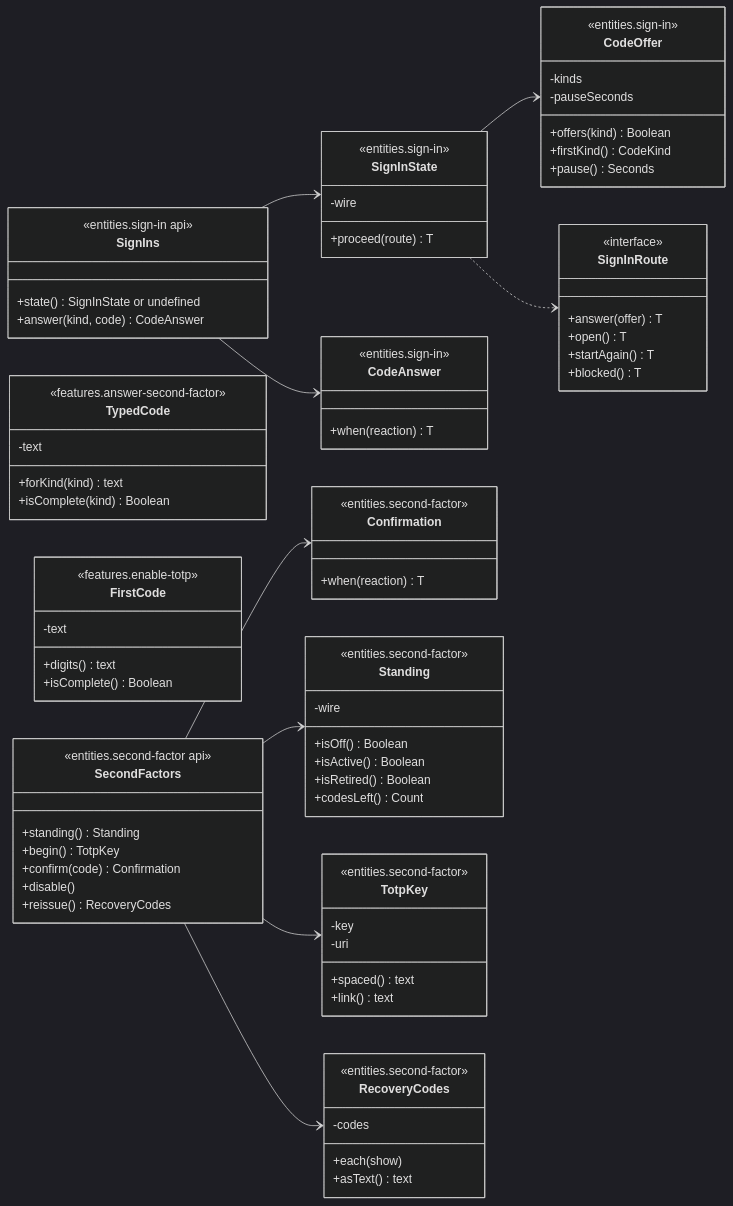
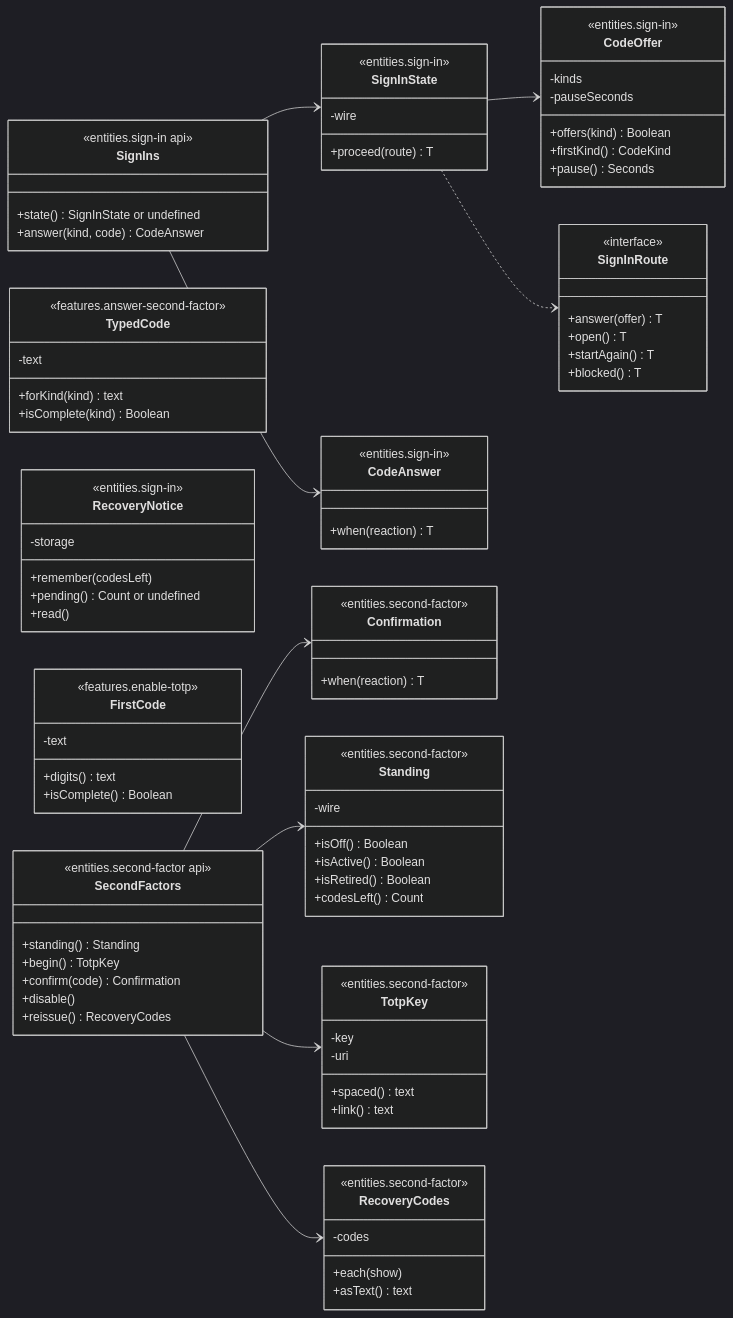
Before and after one commit to yuriisurzhykov/Tallyvane: the sixth of 6 diagrams in docs/backend/04-authentication-slice-5c-totp-screens.md, drawn with Mermaid (dark theme). The commit also changed other lines of this file and 4 other files, not shown here.

First line of the commit message:
Keep the recovery-code notice across a reload of /login/verify

```diff
--- a/docs/backend/04-authentication-slice-5c-totp-screens.md
+++ b/docs/backend/04-authentication-slice-5c-totp-screens.md
@@ -282,6 +282,13 @@
         -text
         +forKind(kind) text
         +isComplete(kind) Boolean
+    }
+    class RecoveryNotice {
+        <<entities.sign-in>>
+        -storage
+        +remember(codesLeft)
+        +pending() Count or undefined
+        +read()
     }
     class FirstCode {
         <<features.enable-totp>>
```
